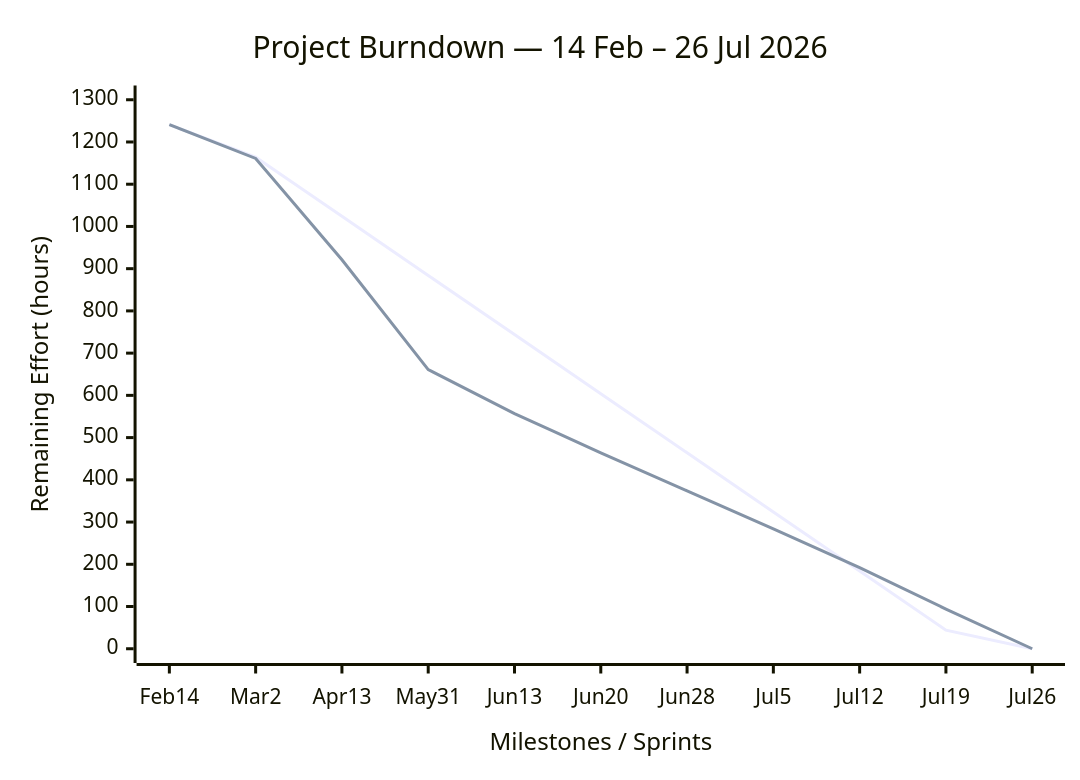
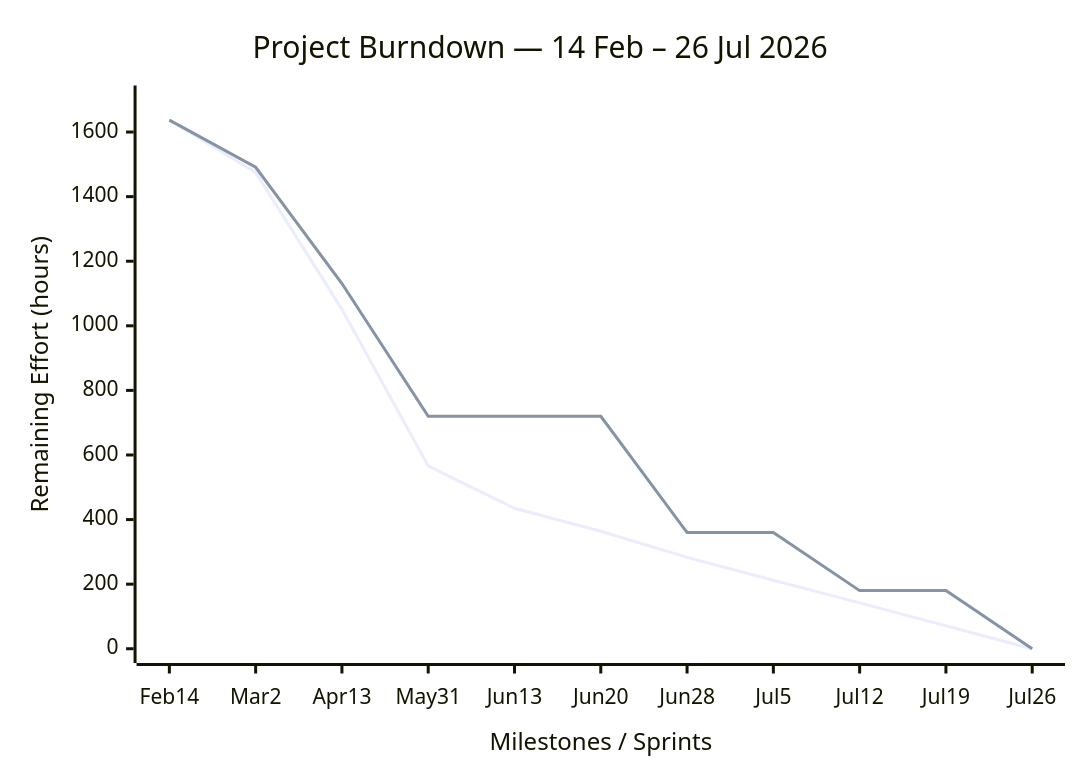
The diagram in Burndown_Chart.md (Naming-Checker/Documentation), drawn with Mermaid before and after one commit.

````diff
--- a/Burndown_Chart.md
+++ b/Burndown_Chart.md
@@ -3,8 +3,8 @@
 ```mermaid
 xychart-beta
     title "Project Burndown — 14 Feb – 26 Jul 2026"
     x-axis "Milestones / Sprints" [Feb 14, Mar 2, Apr 13, May 31, Jun 13, Jun 20, Jun 28, Jul 5, Jul 12, Jul 19, Jul 26]
-    y-axis "Remaining Effort (hours)" 0 --> 1300
-    line "Ideal Burn" [1241, 1164, 1024, 884, 744, 604, 464, 324, 184, 44, 0]
-    line "Actual Planned" [1241, 1161, 921, 661, 557, 464, 374, 284, 192, 94, 0]
+    y-axis "Remaining Effort (hours)" 0 --> 1700
+    line "Ideal Burn" [1637, 1475, 1051, 566, 435, 364, 283, 212, 142, 71, 0]
+    line "Actual Planned" [1637, 1491, 1131, 720, 720, 720, 360, 360, 180, 180, 0]
 ```
````
